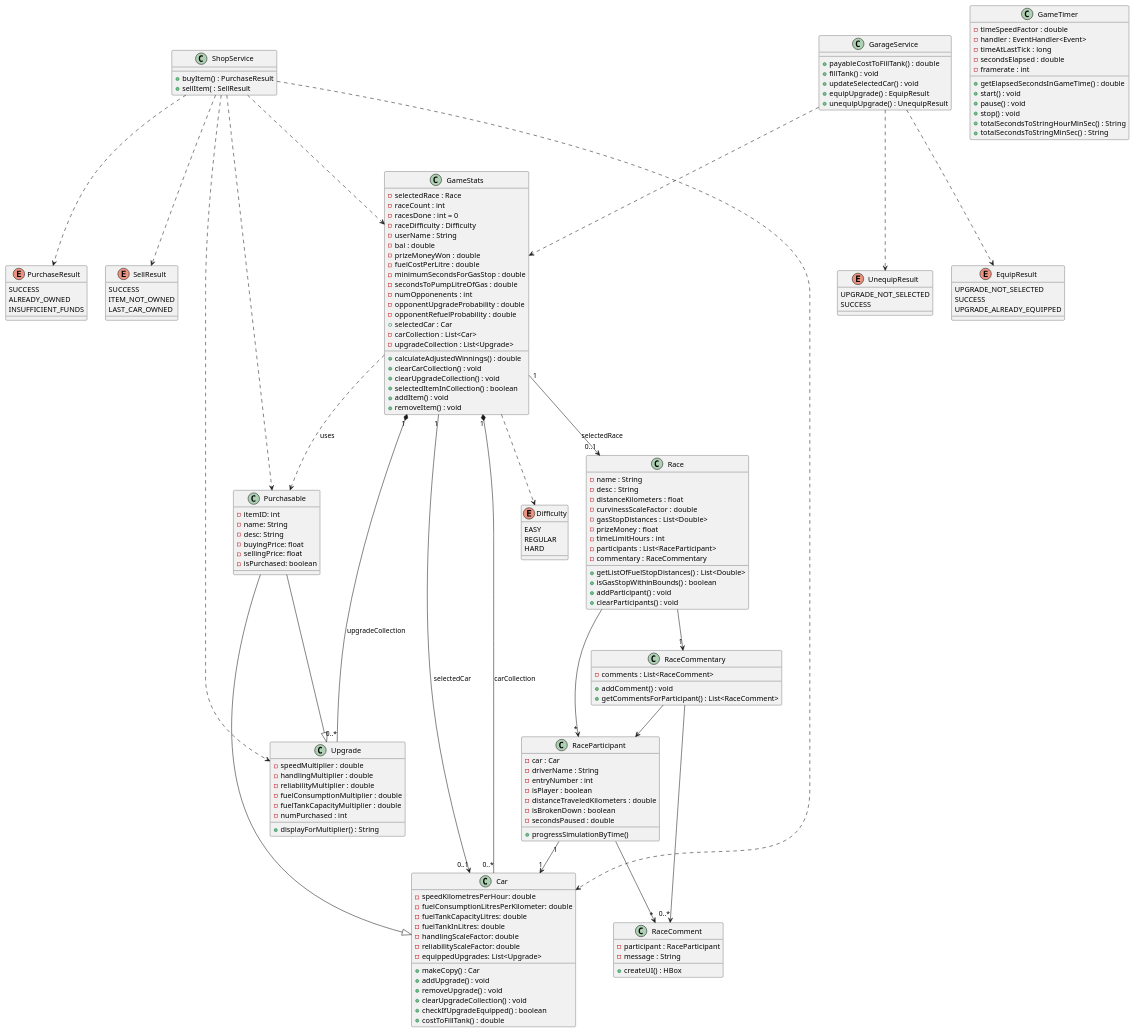
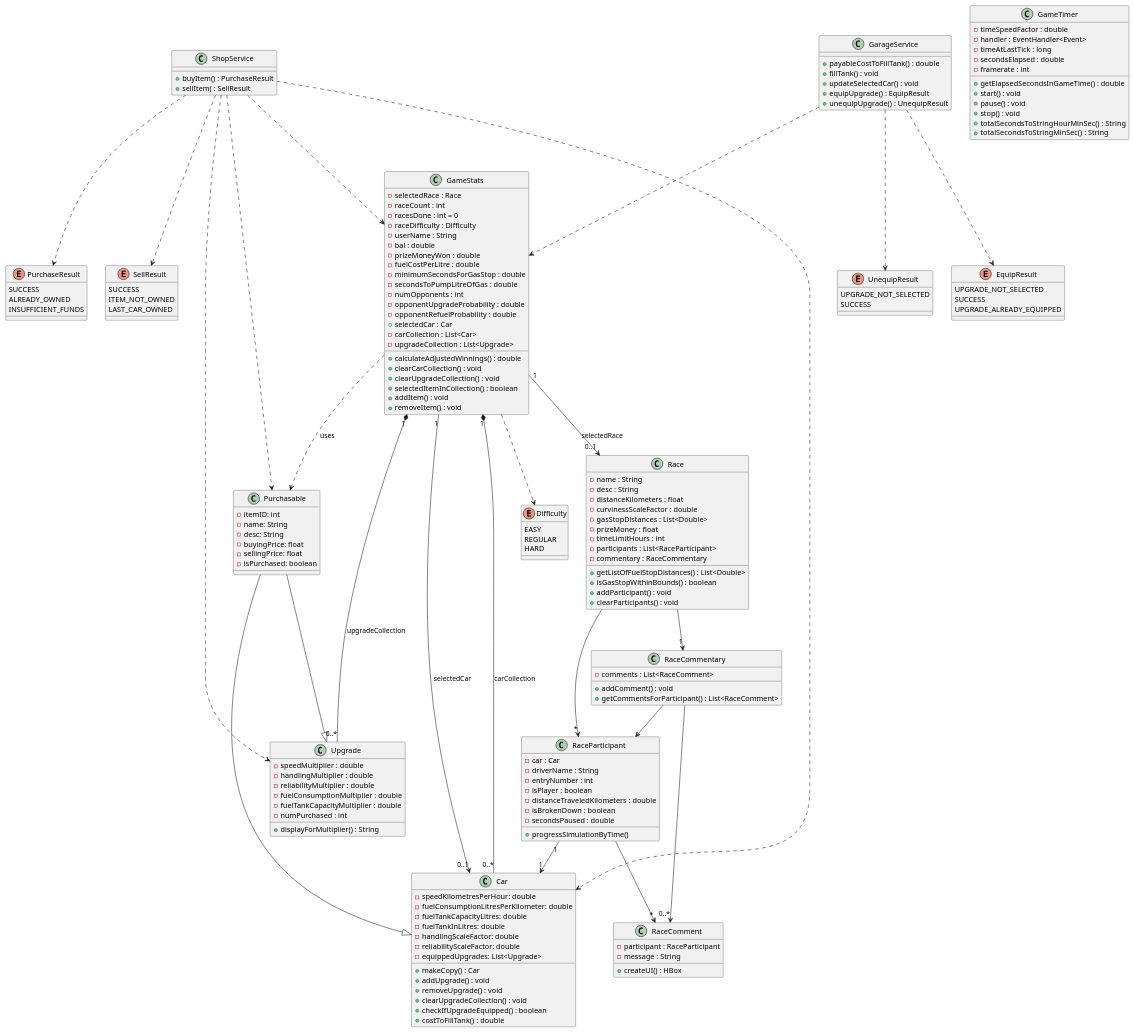
Before and after one commit to riz3ndrr/seng201-project-driftfever: the diagram in uml-diagrams/class.puml, drawn with PlantUML. The commit also changed 3 other files, not shown here.

```diff
--- a/uml-diagrams/class.puml
+++ b/uml-diagrams/class.puml
@@ -59,7 +59,7 @@
     -fuelCostPerLitre : double
     -minimumSecondsForGasStop : double
     -secondsToPumpLitreOfGas : double
-    -numOpponenents : int
+    -numOpponents : int
     -opponentUpgradeProbability : double
     -opponentRefuelProbability : double
     +selectedCar : Car
```
